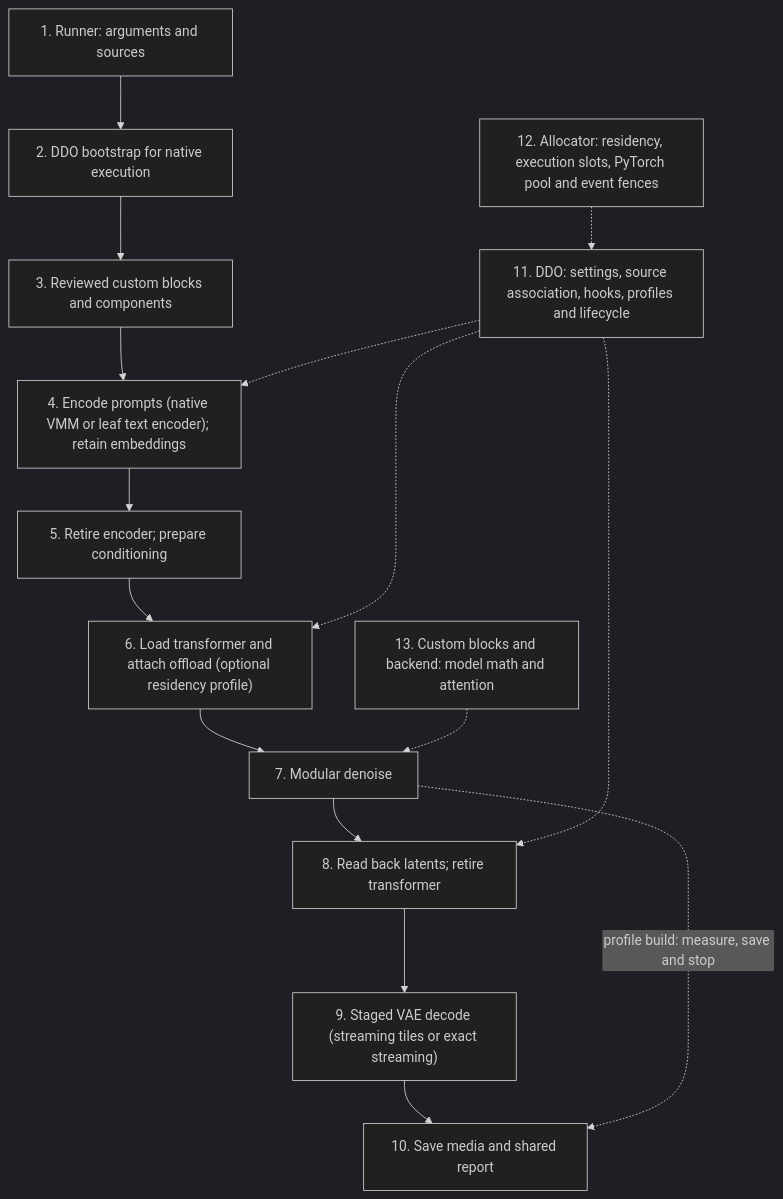
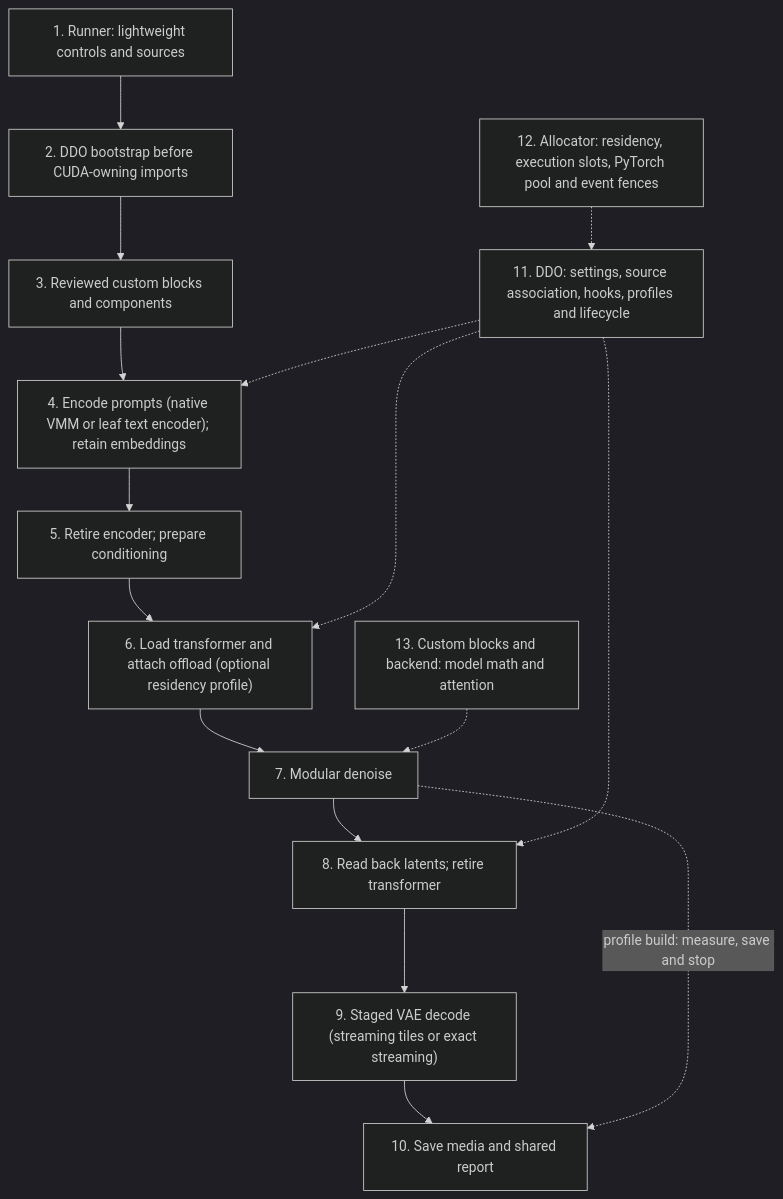
Before and after one commit to DEVAIEXP/ddo-examples: the diagram in docs/developer/architecture.md, drawn with Mermaid (dark theme). The commit also changed other lines of this file and 40 other files, not shown here.

````diff
--- a/docs/developer/architecture.md
+++ b/docs/developer/architecture.md
@@ -9,18 +9,18 @@
 ```mermaid
 flowchart TD
-    CLI["1. Runner: arguments and sources"] --> BOOT["2. DDO bootstrap for native execution"]
+    CLI["1. Runner: lightweight controls and sources"] --> BOOT["2. DDO bootstrap before CUDA-owning imports"]
     BOOT --> CODE["3. Reviewed custom blocks and components"]
     CODE --> ENCODE["4. Encode prompts (native VMM or leaf text encoder); retain embeddings"]
     ENCODE --> AUX["5. Retire encoder; prepare conditioning"]
     AUX --> LOAD["6. Load transformer and attach offload (optional residency profile)"]
     LOAD --> DENOISE["7. Modular denoise"]
     DENOISE --> RETIRE["8. Read back latents; retire transformer"]
     RETIRE --> DECODE["9. Staged VAE decode (streaming tiles or exact streaming)"]
     DECODE --> OUTPUT["10. Save media and shared report"]
     POLICY["11. DDO: settings, source association, hooks, profiles and lifecycle"] -.-> LOAD
     POLICY -.-> ENCODE
     POLICY -.-> RETIRE
     NATIVE["12. Allocator: residency, execution slots, PyTorch pool and event fences"] -.-> POLICY
     MATH["13. Custom blocks and backend: model math and attention"] -.-> DENOISE
     DENOISE -. "profile build: measure, save and stop" .-> OUTPUT
 ```
````
